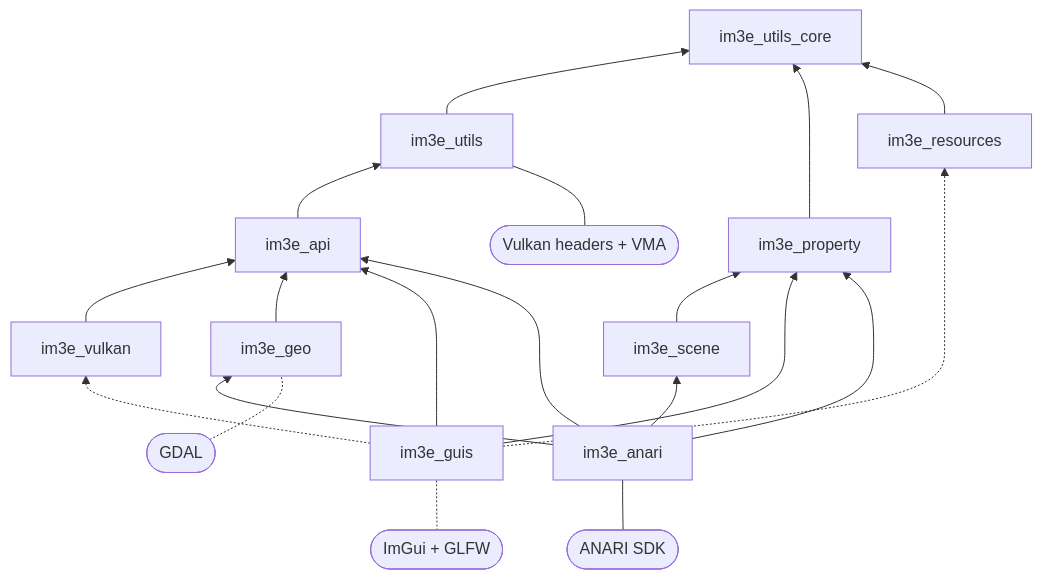
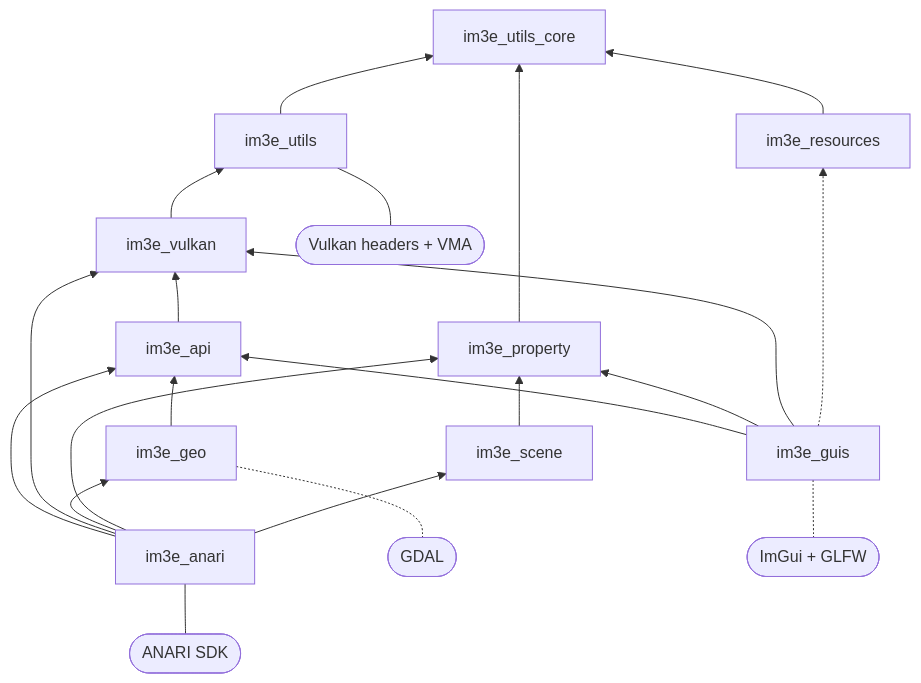
One commit to lmt-dev-inc/icymoon changed the first of 2 diagrams in docs/architecture/index.md. Above: the diagram before and after it, drawn with Mermaid. The commit also changed other lines of this file and 40 other files, not shown here.

````diff
--- a/docs/architecture/index.md
+++ b/docs/architecture/index.md
@@ -73,34 +73,35 @@
 ```mermaid
 flowchart BT
     core[im3e_utils_core]
     props[im3e_property]
     utils[im3e_utils]
     api[im3e_api]
     vulkan[im3e_vulkan]
     geo[im3e_geo]
     scene[im3e_scene]
     resources[im3e_resources]
     guis[im3e_guis]
     anari[im3e_anari]
 
     utils --> core
     props --> core
     resources --> core
-    api --> utils
-    vulkan --> api
+    vulkan --> utils
+    api --> vulkan
     geo --> api
     scene --> props
     guis --> api
     guis --> props
-    guis -.-> vulkan
+    guis --> vulkan
     guis -.-> resources
     anari --> api
+    anari --> vulkan
     anari --> geo
     anari --> props
     anari --> scene
 
     gdal([GDAL]) -.- geo
     anarisdk([ANARI SDK]) --- anari
     imgui([ImGui + GLFW]) -.- guis
     vk([Vulkan headers + VMA]) --- utils
 ```
````
